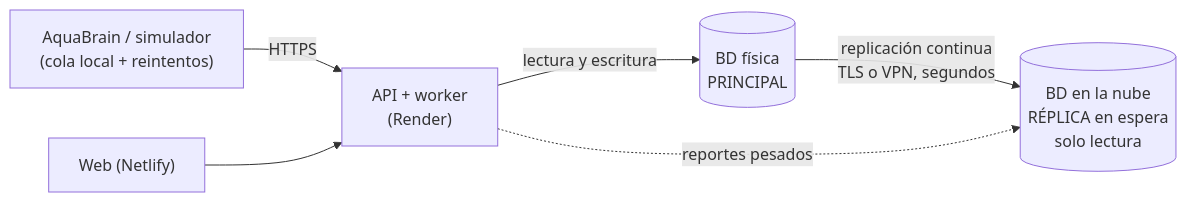
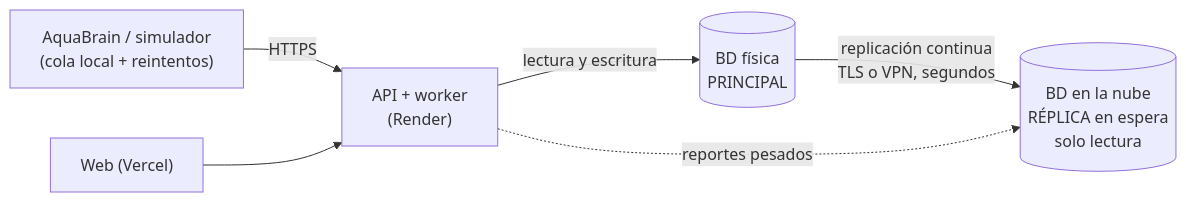
Before and after one commit to simonB3215/aquaplants: the diagram in docs/BD_FISICA_Y_NUBE.md, drawn with Mermaid. The commit also changed 9 other files, not shown here.

Commit message:
D-36: documentación y comentarios apuntan a Vercel en lugar de Netlify

````diff
--- a/docs/BD_FISICA_Y_NUBE.md
+++ b/docs/BD_FISICA_Y_NUBE.md
@@ -7,8 +7,8 @@
 ```mermaid
 flowchart LR
   AB["AquaBrain / simulador<br/>(cola local + reintentos)"] -->|HTTPS| API["API + worker<br/>(Render)"]
   API -->|lectura y escritura| P[("BD física<br/>PRINCIPAL")]
   P -->|replicación continua<br/>TLS o VPN, segundos| R[("BD en la nube<br/>RÉPLICA en espera<br/>solo lectura")]
   API -. reportes pesados .-> R
-  WEB["Web (Netlify)"] --> API
+  WEB["Web (Vercel)"] --> API
 ```
````
